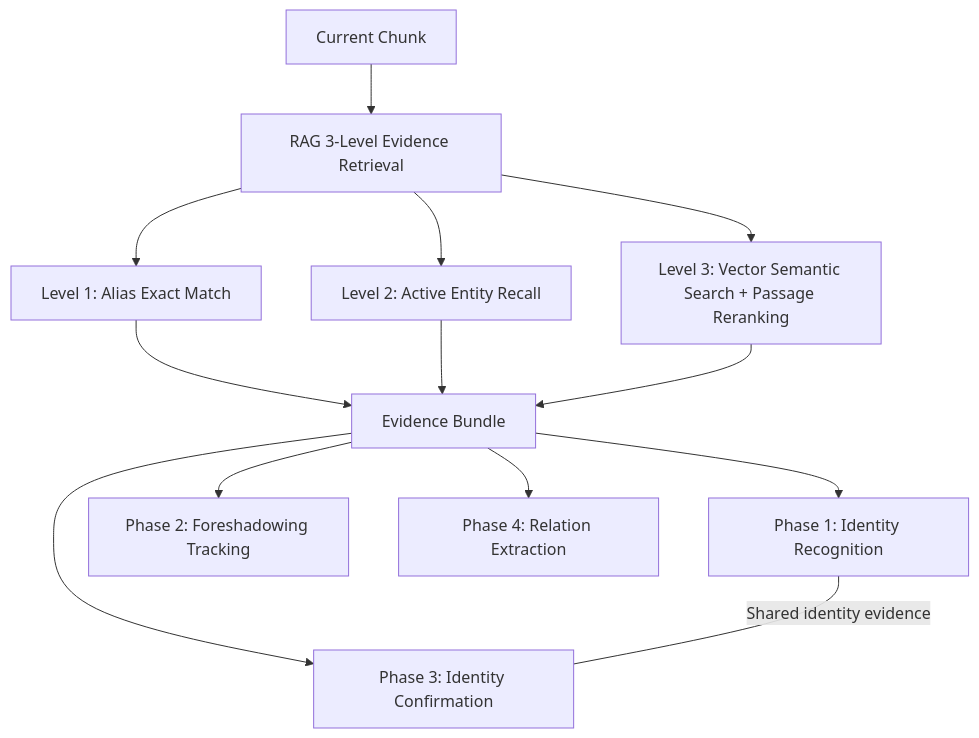
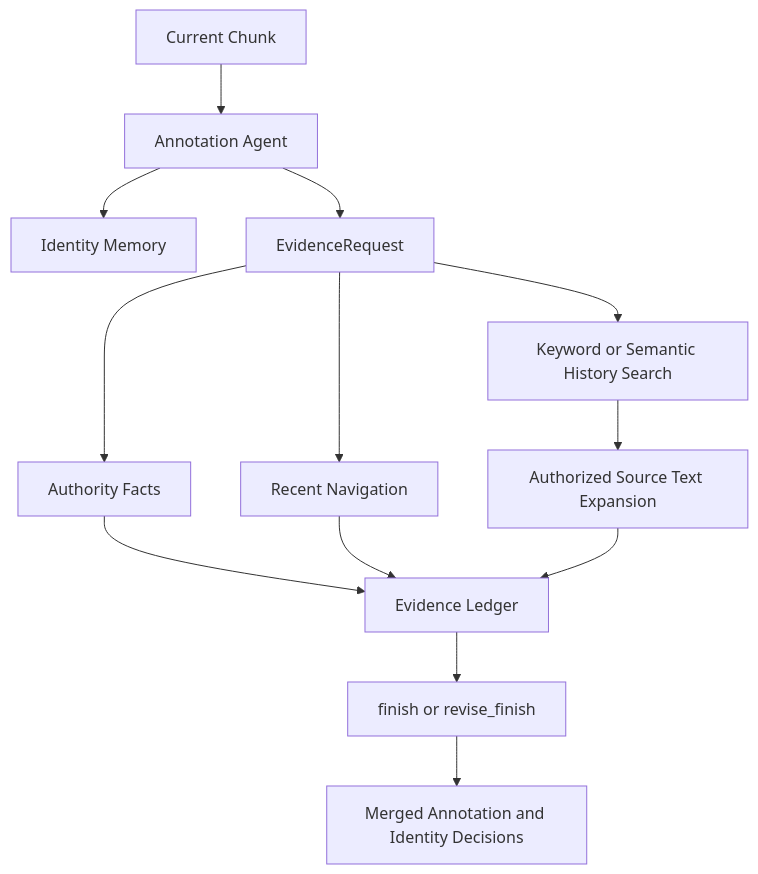
The second of 2 diagrams in README_EN.md (famameilin/NovelIQ), drawn with Mermaid before and after one commit. The commit also changed other lines of this file and 1 other file, not shown here.

Commit message:
docs(agent): 同步当前 Agent 运行合同

````diff
--- a/README_EN.md
+++ b/README_EN.md
@@ -215,15 +206,15 @@
 ```mermaid
 flowchart TD
-    Chunk[Current Chunk] --> RAG[RAG 3-Level Evidence Retrieval]
-    RAG --> L1[Level 1: Alias Exact Match]
-    RAG --> L2[Level 2: Active Entity Recall]
-    RAG --> L3[Level 3: Vector Semantic Search + Passage Reranking]
-    L1 --> Bundle[Evidence Bundle]
-    L2 --> Bundle
-    L3 --> Bundle
-    Bundle --> P1[Phase 1: Identity Recognition]
-    Bundle --> P2[Phase 2: Foreshadowing Tracking]
-    Bundle --> P3[Phase 3: Identity Confirmation]
-    Bundle --> P4[Phase 4: Relation Extraction]
-    P1 --- |Shared identity evidence| P3
+    Chunk[Current Chunk] --> Agent[Annotation Agent]
+    Agent --> Memory[Identity Memory]
+    Agent --> Request[EvidenceRequest]
+    Request --> Authority[Authority Facts]
+    Request --> Navigation[Recent Navigation]
+    Request --> Historical[Keyword or Semantic History Search]
+    Historical --> Read[Authorized Source Text Expansion]
+    Authority --> Ledger[Evidence Ledger]
+    Navigation --> Ledger
+    Read --> Ledger
+    Ledger --> Finish[finish or revise_finish]
+    Finish --> Result[Merged Annotation and Identity Decisions]
 ```
````
